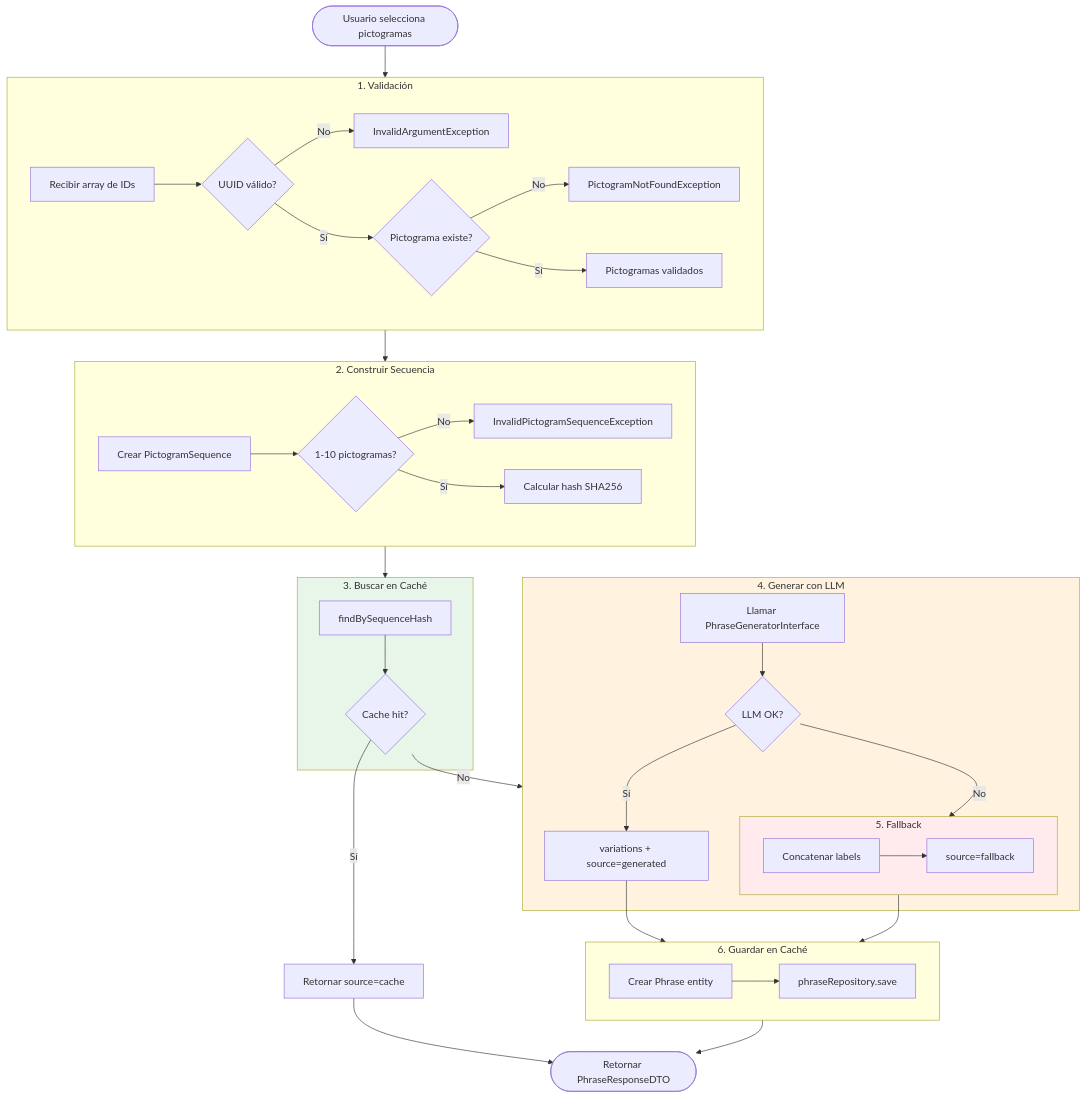
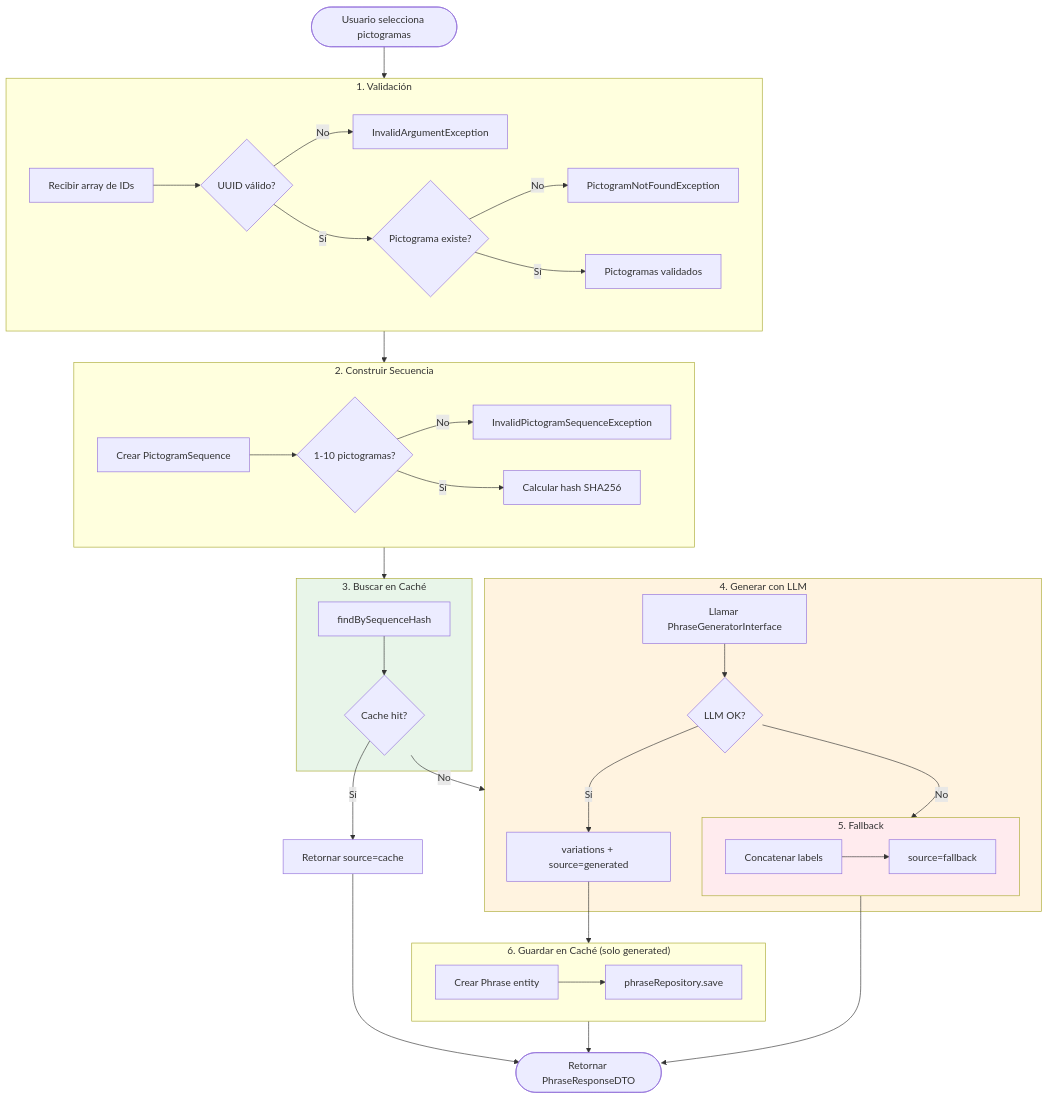
One commit to luismiglezmohino/HablaIA changed the fourth of 8 diagrams in docs/diagrams/application-layer.md. Above: the diagram before and after it, drawn with Mermaid. The commit also changed other lines of this file and 13 other files, not shown here.

````diff
--- a/docs/diagrams/application-layer.md
+++ b/docs/diagrams/application-layer.md
@@ -151,66 +151,66 @@
 ```mermaid
 flowchart TB
     Start([Usuario selecciona pictogramas]) --> Validate
 
     subgraph Validate["1. Validación"]
         V1[Recibir array de IDs]
         V2{UUID válido?}
         V3{Pictograma existe?}
         V1 --> V2
         V2 -->|No| ErrUUID[InvalidArgumentException]
         V2 -->|Sí| V3
         V3 -->|No| ErrNotFound[PictogramNotFoundException]
         V3 -->|Sí| ValidOK[Pictogramas validados]
     end
 
     Validate --> BuildSeq
 
     subgraph BuildSeq["2. Construir Secuencia"]
         B1[Crear PictogramSequence]
         B2{1-10 pictogramas?}
         B1 --> B2
         B2 -->|No| ErrSeq[InvalidPictogramSequenceException]
         B2 -->|Sí| Hash[Calcular hash SHA256]
     end
 
     BuildSeq --> Cache
 
     subgraph Cache["3. Buscar en Caché"]
         C1[findBySequenceHash]
         C2{Cache hit?}
         C1 --> C2
     end
 
     C2 -->|Sí| ReturnCache[Retornar source=cache]
     C2 -->|No| Generate
 
     subgraph Generate["4. Generar con LLM"]
         G1[Llamar PhraseGeneratorInterface]
         G2{LLM OK?}
         G1 --> G2
         G2 -->|Sí| GenOK[variations + source=generated]
         G2 -->|No| Fallback
     end
 
     subgraph Fallback["5. Fallback"]
         F1[Concatenar labels]
         F2[source=fallback]
         F1 --> F2
     end
 
     GenOK --> Save
-    Fallback --> Save
 
-    subgraph Save["6. Guardar en Caché"]
+    subgraph Save["6. Guardar en Caché (solo generated)"]
         S1[Crear Phrase entity]
         S2[phraseRepository.save]
         S1 --> S2
     end
 
     Save --> Return([Retornar PhraseResponseDTO])
+    Fallback --> Return
     ReturnCache --> Return
 
     style Cache fill:#e8f5e9
     style Generate fill:#fff3e0
     style Fallback fill:#ffebee
 ```
````
